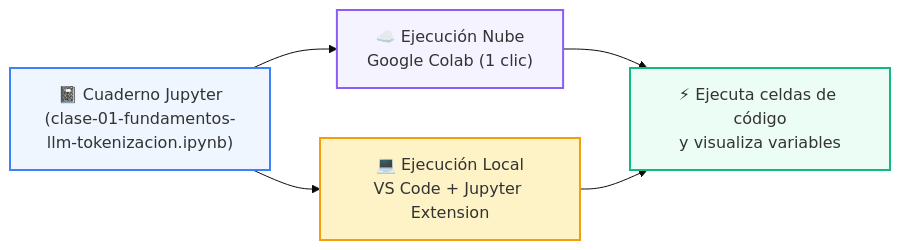
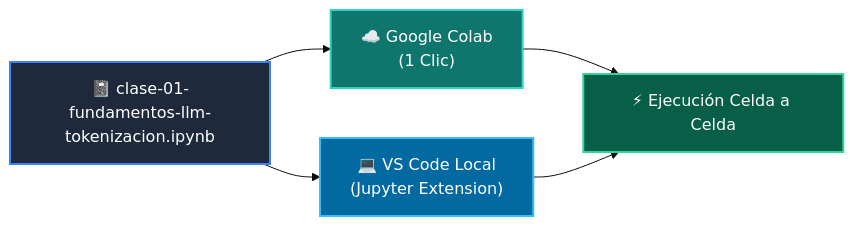
The diagram in 03-agentes-ia/clase-01-fundamentos-llm-tokenizacion/notebook/README.md (wisrovi/wisrovi-python), drawn with Mermaid (base theme) before and after one commit. The commit also changed other lines of this file and 271 other files, not shown here.

Commit message:
docs: rewrite all README.md files with bespoke topic-specific Mermaid diagrams and remove repetitive boilerplate

````diff
--- a/03-agentes-ia/clase-01-fundamentos-llm-tokenizacion/notebook/README.md
+++ b/03-agentes-ia/clase-01-fundamentos-llm-tokenizacion/notebook/README.md
@@ -14,12 +12,12 @@
 ```mermaid
 flowchart LR
-    NB["📓 Cuaderno Jupyter<br/>(clase-01-fundamentos-llm-tokenizacion.ipynb)"] --> COLAB["☁️ Ejecución Nube<br/>Google Colab (1 clic)"]
-    NB --> LOCAL["💻 Ejecución Local<br/>VS Code + Jupyter Extension"]
-    COLAB --> RUN["⚡ Ejecuta celdas de código<br/>y visualiza variables"]
+    NB["📓 clase-01-fundamentos-llm-tokenizacion.ipynb"] --> COLAB["☁️ Google Colab<br/>(1 Clic)"]
+    NB --> LOCAL["💻 VS Code Local<br/>(Jupyter Extension)"]
+    COLAB --> RUN["⚡ Ejecución Celda a Celda"]
     LOCAL --> RUN
 
-    style NB fill:#eff6ff,stroke:#3b82f6,stroke-width:2px
-    style COLAB fill:#f5f3ff,stroke:#8b5cf6,stroke-width:2px
-    style LOCAL fill:#fef3c7,stroke:#f59e0b,stroke-width:2px
-    style RUN fill:#ecfdf5,stroke:#10b981,stroke-width:2px
+    style NB fill:#1e293b,color:#fff,stroke:#3b82f6,stroke-width:2px
+    style COLAB fill:#0f766e,color:#fff,stroke:#2dd4bf,stroke-width:2px
+    style LOCAL fill:#0369a1,color:#fff,stroke:#38bdf8,stroke-width:2px
+    style RUN fill:#065f46,color:#fff,stroke:#34d399,stroke-width:2px
 ```
````
